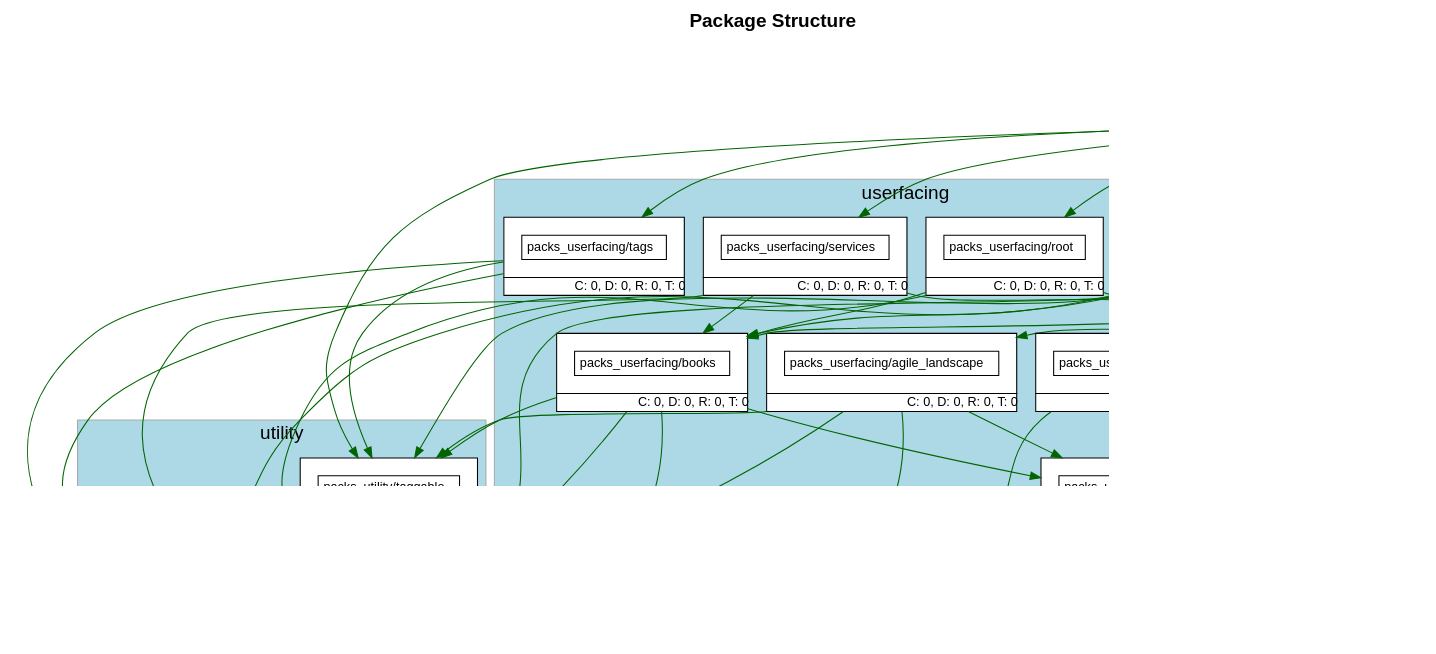
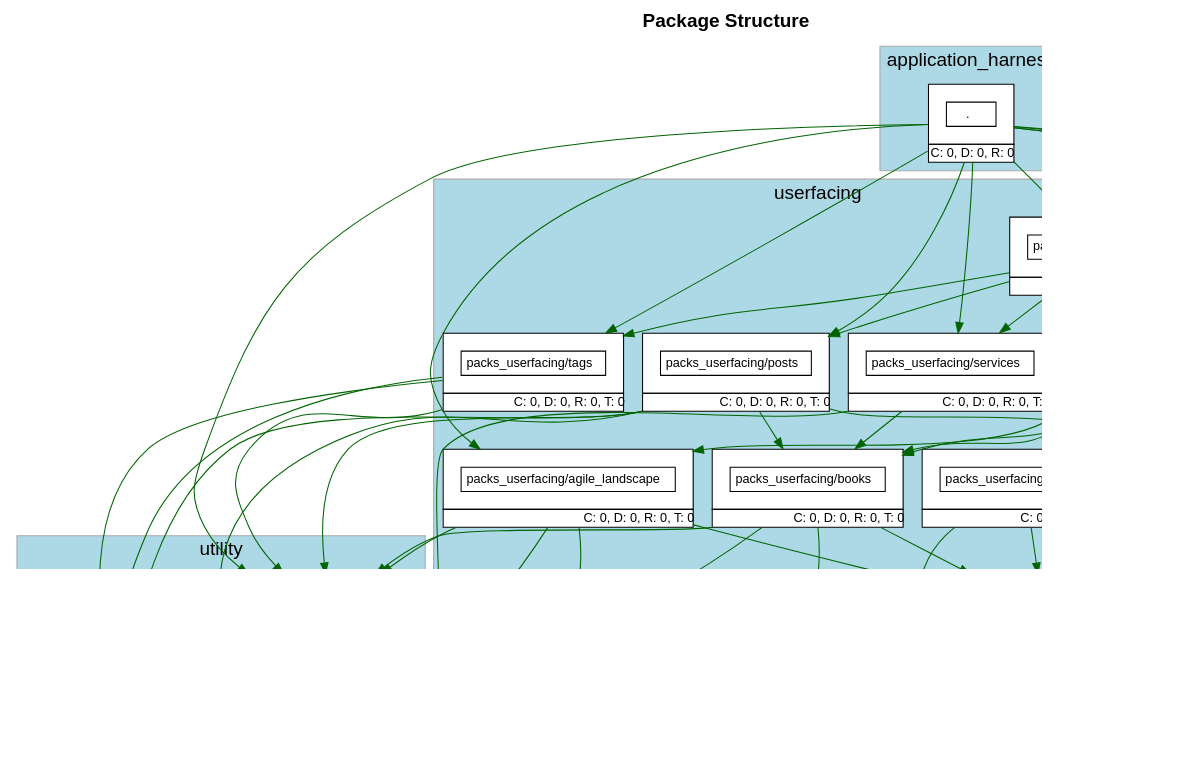
Before and after one commit to shageman/stephanhagemann.com: the diagram in packs.dot, drawn with Graphviz. The commit also changed 2 other files, not shown here.

```diff
--- a/packs.dot
+++ b/packs.dot
@@ -261,8 +261,13 @@
           "packs_userfacing/posts" -> "packs_utility/backlinks" [ color=darkgreen ]
           "packs_userfacing/posts" -> "packs_utility/rails_shims" [ color=darkgreen ]
           "packs_userfacing/posts" -> "packs_utility/taggable" [ color=darkgreen ]
+          "packs_userfacing/root" -> "packs_userfacing/agile_landscape" [ color=darkgreen ]
           "packs_userfacing/root" -> "packs_userfacing/books" [ color=darkgreen ]
           "packs_userfacing/root" -> "packs_userfacing/contact" [ color=darkgreen ]
+          "packs_userfacing/root" -> "packs_userfacing/posts" [ color=darkgreen ]
+          "packs_userfacing/root" -> "packs_userfacing/services" [ color=darkgreen ]
+          "packs_userfacing/root" -> "packs_userfacing/speaking" [ color=darkgreen ]
+          "packs_userfacing/root" -> "packs_userfacing/tags" [ color=darkgreen ]
           "packs_userfacing/root" -> "packs_utility/rails_shims" [ color=darkgreen ]
           "packs_userfacing/services" -> "packs_userfacing/books" [ color=darkgreen ]
           "packs_userfacing/services" -> "packs_userfacing/contact" [ color=darkgreen ]
```
